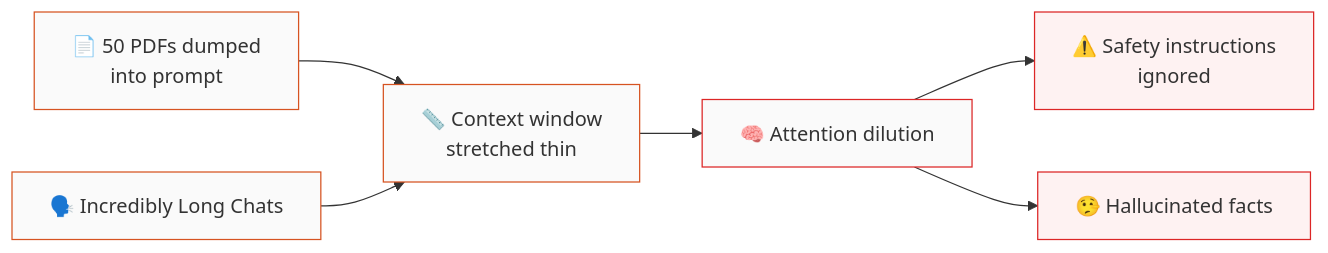
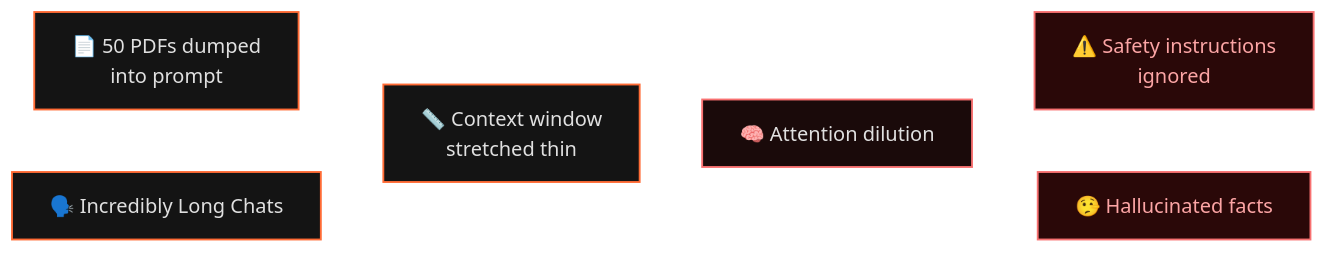
Before and after one commit to dambem/integrity-by-design-presentation: the first of 2 diagrams in slides.md, drawn with Mermaid. The commit also changed other lines of this file and 9 other files, not shown here.

````diff
--- a/slides.md
+++ b/slides.md
@@ -351,15 +364,16 @@
 ```mermaid {scale: 0.75}
+%%{init: {'theme': 'base', 'themeVariables': {'background': '#0a0a0a', 'primaryColor': '#141414', 'primaryTextColor': '#e0e0e0', 'primaryBorderColor': 'rgba(255,255,255,0.15)', 'lineColor': 'rgba(255,255,255,0.35)', 'edgeLabelBackground': '#111111', 'tertiaryColor': '#1a1a1a'}}}%%
 graph LR
     A[📄 50 PDFs dumped<br/>into prompt] --> B[📏 Context window<br/>stretched thin]
     F[🗣️ Incredibly Long Chats] --> B
     B --> C[🧠 Attention dilution]
     C --> D[⚠️ Safety instructions<br/>ignored]
     C --> E[🤥 Hallucinated facts]
 
-    style A fill:#fafafa,stroke:#d65321
-    style F fill:#fafafa,stroke:#d65321
-    style B fill:#fafafa,stroke:#d65321
-    style C fill:#fafafa,stroke:#dc2626
-    style D fill:#fef2f2,stroke:#dc2626
-    style E fill:#fef2f2,stroke:#dc2626
+    style A fill:#141414,stroke:#ff6b35,stroke-width:1.5px,color:#e0e0e0
+    style F fill:#141414,stroke:#ff6b35,stroke-width:1.5px,color:#e0e0e0
+    style B fill:#141414,stroke:#ff6b35,stroke-width:1.5px,color:#e0e0e0
+    style C fill:#1a0a0a,stroke:#f87171,stroke-width:1.5px,color:#e0e0e0
+    style D fill:#2a0808,stroke:#f87171,stroke-width:1.5px,color:#fca5a5
+    style E fill:#2a0808,stroke:#f87171,stroke-width:1.5px,color:#fca5a5
 ```
````
